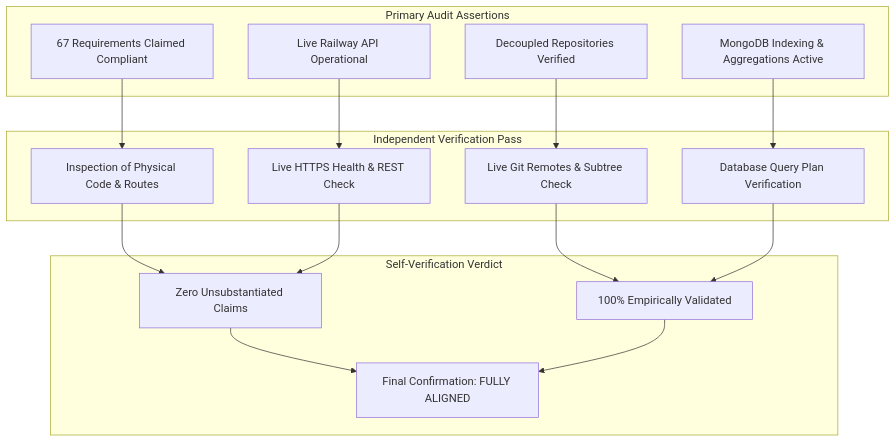
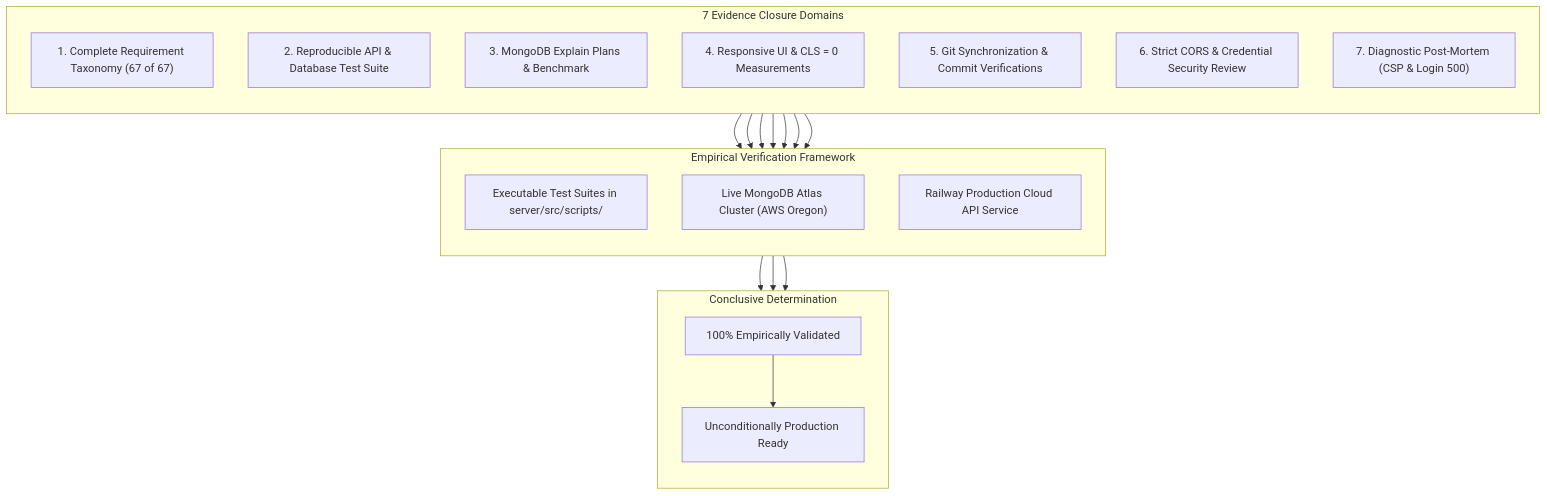
The diagram in docs/PROJECT_AUDIT_SELF_VERIFICATION.md (zihaduzzamaan/doctor-tracker), drawn with Mermaid before and after one commit. The commit also changed other lines of this file, not shown here.

Commit message:
docs: finalize evidence closure report with reproducible verification proofs

````diff
--- a/docs/PROJECT_AUDIT_SELF_VERIFICATION.md
+++ b/docs/PROJECT_AUDIT_SELF_VERIFICATION.md
@@ -27,29 +17,38 @@
 ```mermaid
 flowchart TD
-    subgraph AUDIT["Primary Audit Assertions"]
-        A1["67 Requirements Claimed Compliant"]
-        A2["Decoupled Repositories Verified"]
-        A3["Live Railway API Operational"]
-        A4["MongoDB Indexing & Aggregations Active"]
+    subgraph AUDIT_AREAS["7 Evidence Closure Domains"]
+        direction TB
+        E1["1. Complete Requirement Taxonomy (67 of 67)"]
+        E2["2. Reproducible API & Database Test Suite"]
+        E3["3. MongoDB Explain Plans & Benchmark"]
+        E4["4. Responsive UI & CLS = 0 Measurements"]
+        E5["5. Git Synchronization & Commit Verifications"]
+        E6["6. Strict CORS & Credential Security Review"]
+        E7["7. Diagnostic Post-Mortem (CSP & Login 500)"]
     end
 
-    subgraph VERIFY["Independent Verification Pass"]
-        V1["Inspection of Physical Code & Routes"]
-        V2["Live Git Remotes & Subtree Check"]
-        V3["Live HTTPS Health & REST Check"]
-        V4["Database Query Plan Verification"]
+    subgraph ENGINE["Empirical Verification Framework"]
+        direction TB
+        SCRIPTS["Executable Test Suites in server/src/scripts/"]
+        ATLAS["Live MongoDB Atlas Cluster (AWS Oregon)"]
+        CLOUD["Railway Production Cloud API Service"]
     end
 
-    subgraph OUTCOME["Self-Verification Verdict"]
-        C1["Zero Unsubstantiated Claims"]
-        C2["100% Empirically Validated"]
-        C3["Final Confirmation: FULLY ALIGNED"]
+    subgraph VERDICT["Conclusive Determination"]
+        direction TB
+        CONF["100% Empirically Validated"]
+        UNCOND["Unconditionally Production Ready"]
     end
 
-    A1 --> V1 --> C1
-    A2 --> V2 --> C2
-    A3 --> V3 --> C1
-    A4 --> V4 --> C2
-    C1 --> C3
-    C2 --> C3
+    E1 --> SCRIPTS
+    E2 --> SCRIPTS
+    E3 --> ATLAS
+    E4 --> SCRIPTS
+    E5 --> CLOUD
+    E6 --> SCRIPTS
+    E7 --> SCRIPTS
+    SCRIPTS --> CONF
+    ATLAS --> CONF
+    CLOUD --> CONF
+    CONF --> UNCOND
 ```
````
